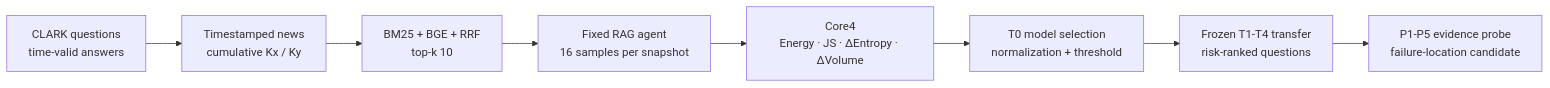
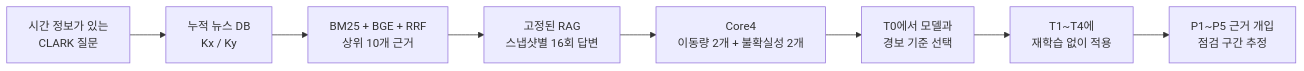
One commit to yoon-chan-hyeok/temporal-rag-drift changed the diagram in README.md. Above: the diagram before and after it, drawn with Mermaid. The commit also changed other lines of this file and 1 other file, not shown here.

Commit message:
Add Korean-first RAG README

````diff
--- a/README.md
+++ b/README.md
@@ -36,10 +35,10 @@
 ```mermaid
 flowchart LR
-    A["CLARK questions<br/>time-valid answers"] --> B["Timestamped news<br/>cumulative Kx / Ky"]
-    B --> C["BM25 + BGE + RRF<br/>top-k 10"]
-    C --> D["Fixed RAG agent<br/>16 samples per snapshot"]
-    D --> E["Core4<br/>Energy · JS · ΔEntropy · ΔVolume"]
-    E --> F["T0 model selection<br/>normalization + threshold"]
-    F --> G["Frozen T1-T4 transfer<br/>risk-ranked questions"]
-    G --> H["P1-P5 evidence probe<br/>failure-location candidate"]
+    A["시간 정보가 있는<br/>CLARK 질문"] --> B["누적 뉴스 DB<br/>Kx / Ky"]
+    B --> C["BM25 + BGE + RRF<br/>상위 10개 근거"]
+    C --> D["고정된 RAG<br/>스냅샷별 16회 답변"]
+    D --> E["Core4<br/>이동량 2개 + 불확실성 2개"]
+    E --> F["T0에서 모델과<br/>경보 기준 선택"]
+    F --> G["T1~T4에<br/>재학습 없이 적용"]
+    G --> H["P1~P5 근거 개입<br/>점검 구간 추정"]
 ```
````
